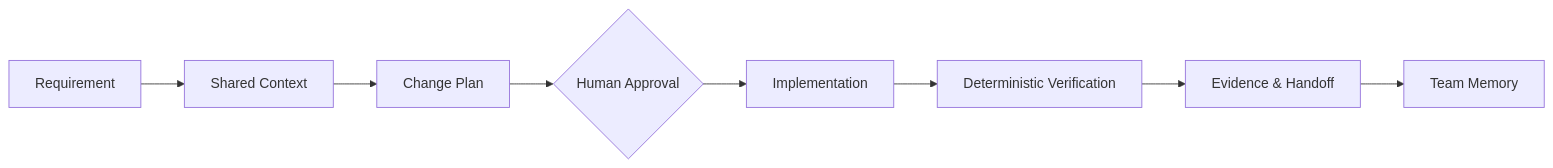
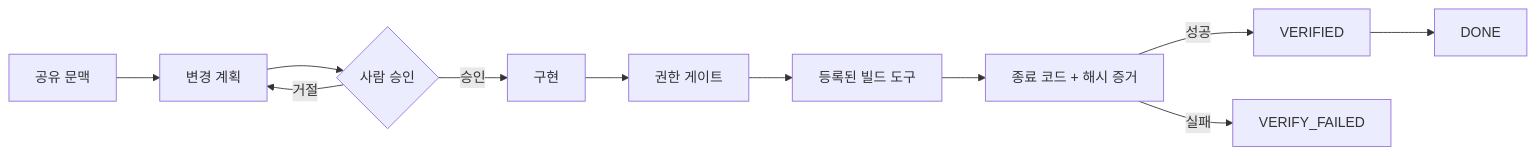
The diagram in README.md (yeongwanho/backend-team-harness), drawn with Mermaid before and after one commit. The commit also changed other lines of this file and 32 other files, not shown here.

````diff
--- a/README.md
+++ b/README.md
@@ -11,10 +21,13 @@
 ```mermaid
 flowchart LR
-  R[Requirement] --> C[Shared Context]
-  C --> P[Change Plan]
-  P --> A{Human Approval}
-  A --> I[Implementation]
-  I --> V[Deterministic Verification]
-  V --> E[Evidence & Handoff]
-  E --> M[Team Memory]
+  C[공유 문맥] --> P[변경 계획]
+  P --> A{사람 승인}
+  A -->|승인| I[구현]
+  A -->|거절| P
+  I --> G[권한 게이트]
+  G --> T[등록된 빌드 도구]
+  T --> E[종료 코드 + 해시 증거]
+  E -->|성공| V[VERIFIED]
+  E -->|실패| F[VERIFY_FAILED]
+  V --> D[DONE]
 ```
````
